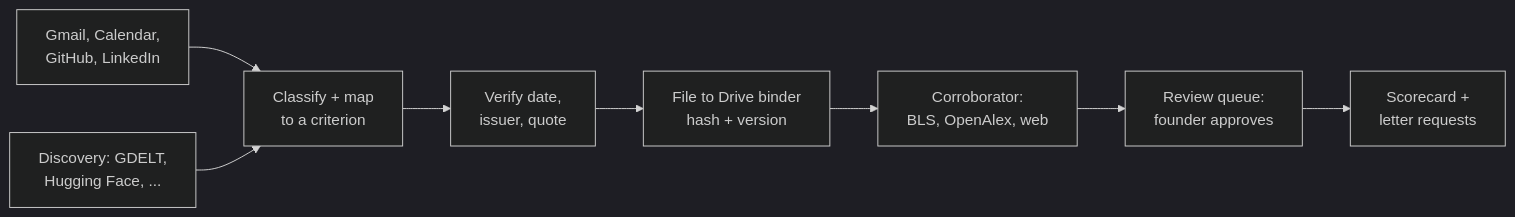
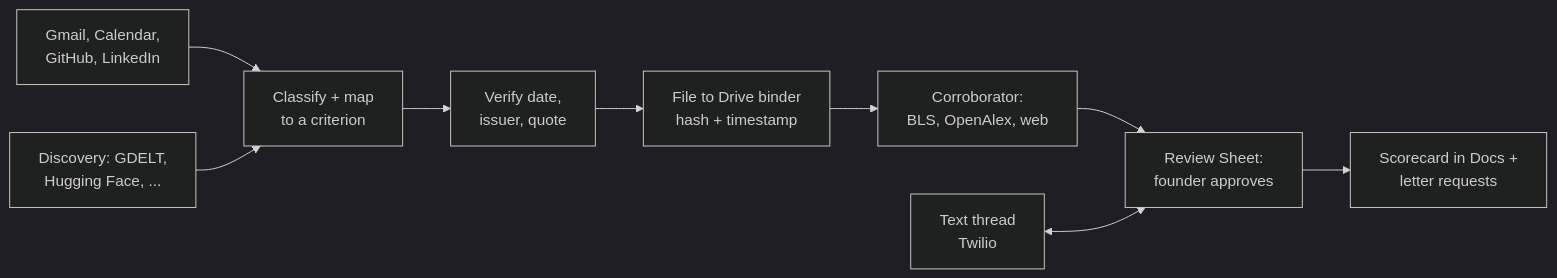
Before and after one commit to mehek-builds/exhibit: the diagram in README.md, drawn with Mermaid (dark theme). The commit also changed other lines of this file, not shown here.

````diff
--- a/README.md
+++ b/README.md
@@ -20,10 +63,11 @@
 ```mermaid
 flowchart LR
   A[Gmail, Calendar,<br/>GitHub, LinkedIn] --> B[Classify + map<br/>to a criterion]
   D[Discovery: GDELT,<br/>Hugging Face, ...] --> B
   B --> C[Verify date,<br/>issuer, quote]
-  C --> E[File to Drive binder<br/>hash + version]
+  C --> E[File to Drive binder<br/>hash + timestamp]
   E --> F[Corroborator:<br/>BLS, OpenAlex, web]
-  F --> G[Review queue:<br/>founder approves]
-  G --> H[Scorecard +<br/>letter requests]
+  F --> G[Review Sheet:<br/>founder approves]
+  G --> H[Scorecard in Docs +<br/>letter requests]
+  T[Text thread<br/>Twilio] <--> G
 ```
````
